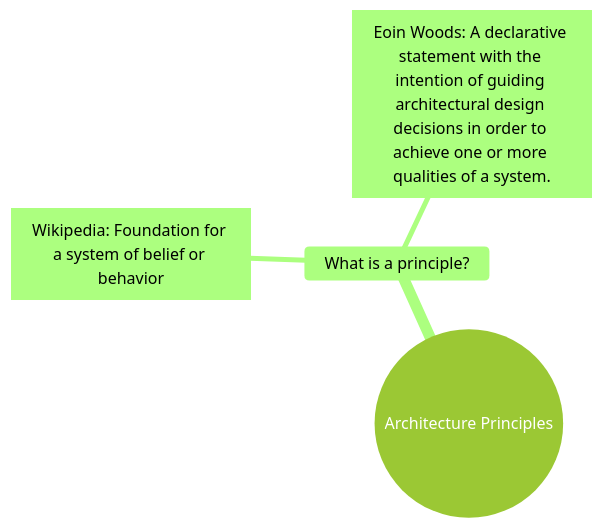
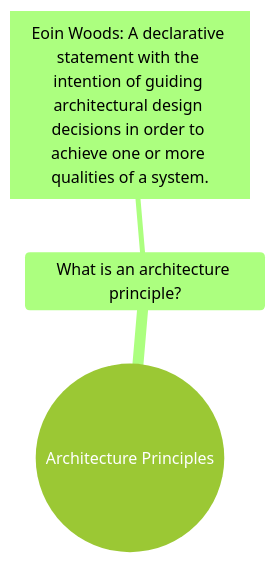
One commit to bitsmuggler/software-architecture-principles changed the third of 4 diagrams in README.md. Above: the diagram before and after it, drawn with Mermaid. The commit also changed other lines of this file, not shown here.

````diff
--- a/README.md
+++ b/README.md
@@ -25,10 +45,9 @@
 ``` mermaid
 
 %%{init: {'theme': 'forest', "flowchart" : { "curve" : "basis" } } }%%
 
 mindmap
   root((Architecture Principles))
-    What is a principle?
-        ["Wikipedia: Foundation for a system of belief or behavior"]
+    What is an architecture principle?
         ["Eoin Woods: A declarative statement with the intention of guiding architectural design decisions in order to achieve one or more qualities of a system."]
 ```
````
